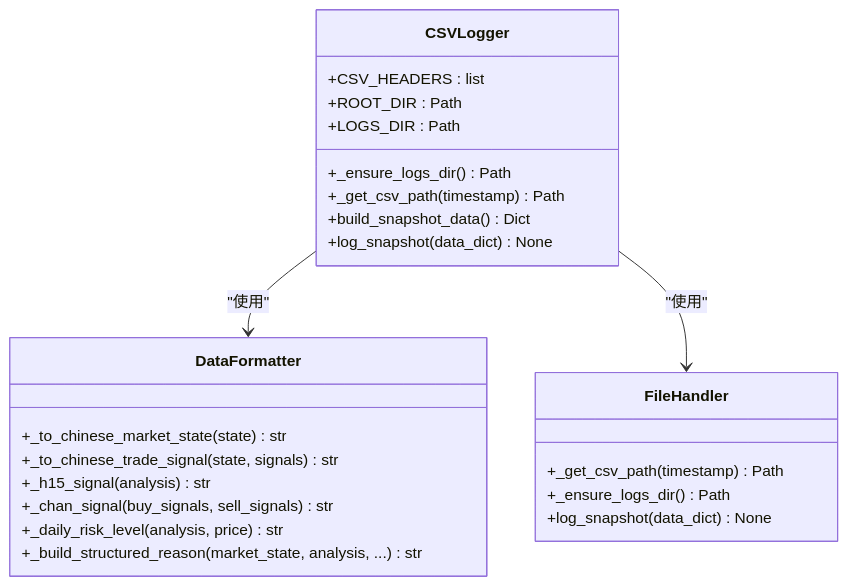
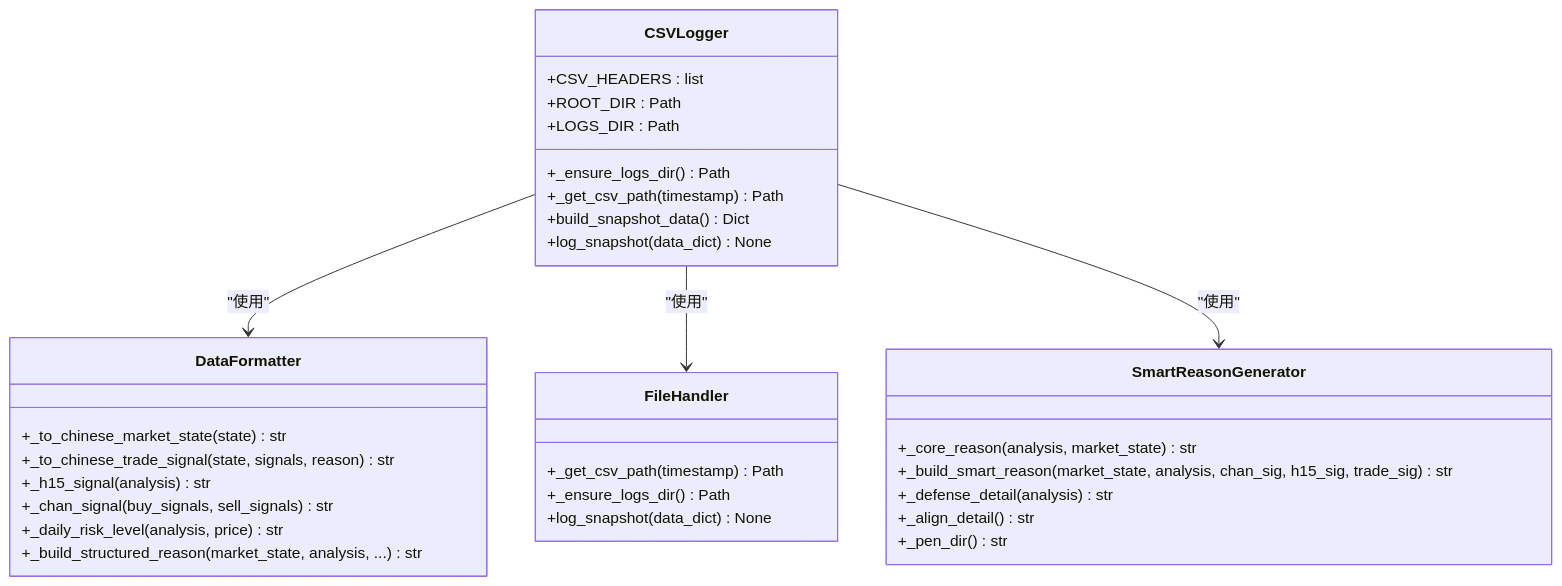
Before and after one commit to dexy1024/fin-analysis: the second of 9 diagrams in .qoder/repowiki/zh/content/技术分析系统/CSV日志记录系统.md, drawn with Mermaid. The commit also changed other lines of this file and 8 other files, not shown here.

````diff
--- a/.qoder/repowiki/zh/content/技术分析系统/CSV日志记录系统.md
+++ b/.qoder/repowiki/zh/content/技术分析系统/CSV日志记录系统.md
@@ -85,27 +95,35 @@
 ```mermaid
 classDiagram
 class CSVLogger {
 +CSV_HEADERS : list
 +ROOT_DIR : Path
 +LOGS_DIR : Path
 +_ensure_logs_dir() Path
 +_get_csv_path(timestamp) Path
 +build_snapshot_data() Dict
 +log_snapshot(data_dict) None
 }
 class DataFormatter {
 +_to_chinese_market_state(state) str
-+_to_chinese_trade_signal(state, signals) str
++_to_chinese_trade_signal(state, signals, reason) str
 +_h15_signal(analysis) str
 +_chan_signal(buy_signals, sell_signals) str
 +_daily_risk_level(analysis, price) str
 +_build_structured_reason(market_state, analysis, ...) str
 }
 class FileHandler {
 +_get_csv_path(timestamp) Path
 +_ensure_logs_dir() Path
 +log_snapshot(data_dict) None
 }
+class SmartReasonGenerator {
++_core_reason(analysis, market_state) str
++_build_smart_reason(market_state, analysis, chan_sig, h15_sig, trade_sig) str
++_defense_detail(analysis) str
++_align_detail() str
++_pen_dir() str
+}
 CSVLogger --> DataFormatter : "使用"
 CSVLogger --> FileHandler : "使用"
+CSVLogger --> SmartReasonGenerator : "使用"
 ```
````
